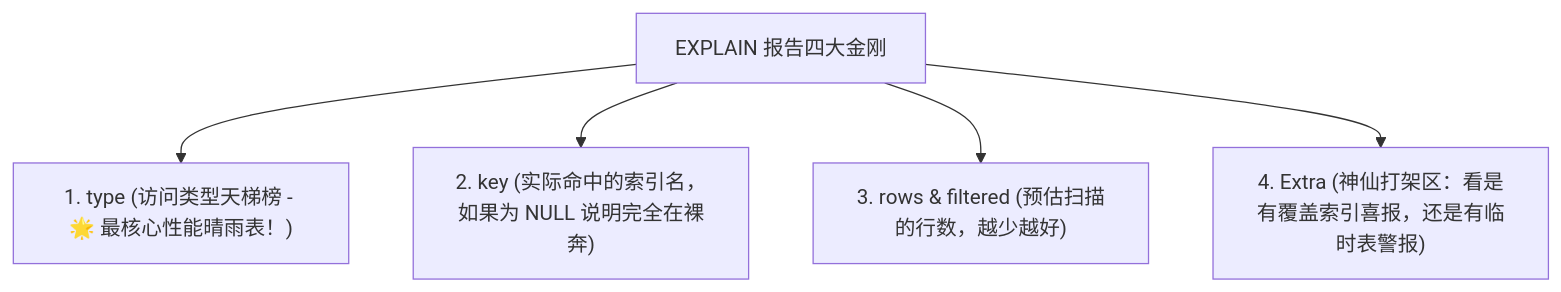
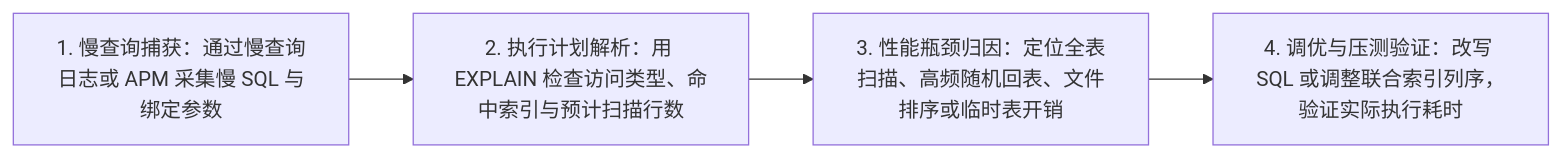
Before and after one commit to GuoWWWX/knowledge-base: the first of 3 diagrams in 20-Java后端/05-数据库与存储/04-执行计划与SQL优化.md, drawn with Mermaid. The commit also changed other lines of this file and 251 other files, not shown here.

````diff
--- a/20-Java后端/05-数据库与存储/04-执行计划与SQL优化.md
+++ b/20-Java后端/05-数据库与存储/04-执行计划与SQL优化.md
@@ -41,8 +24,6 @@
 ```mermaid
-flowchart TD
-    ExplainCols["EXPLAIN 报告四大金刚"]
-    ExplainCols --> K1["1. type (访问类型天梯榜 - 🌟 最核心性能晴雨表！)"]
-    ExplainCols --> K2["2. key (实际命中的索引名，如果为 NULL 说明完全在裸奔)"]
-    ExplainCols --> K3["3. rows & filtered (预估扫描的行数，越少越好)"]
-    ExplainCols --> K4["4. Extra (神仙打架区：看是有覆盖索引喜报，还是有临时表警报)"]
+flowchart LR
+    Step1["1. 慢查询捕获：通过慢查询日志或 APM 采集慢 SQL 与绑定参数"] --> Step2["2. 执行计划解析：用 EXPLAIN 检查访问类型、命中索引与预计扫描行数"]
+    Step2 --> Step3["3. 性能瓶颈归因：定位全表扫描、高频随机回表、文件排序或临时表开销"]
+    Step3 --> Step4["4. 调优与压测验证：改写 SQL 或调整联合索引列序，验证实际执行耗时"]
 ```
````
